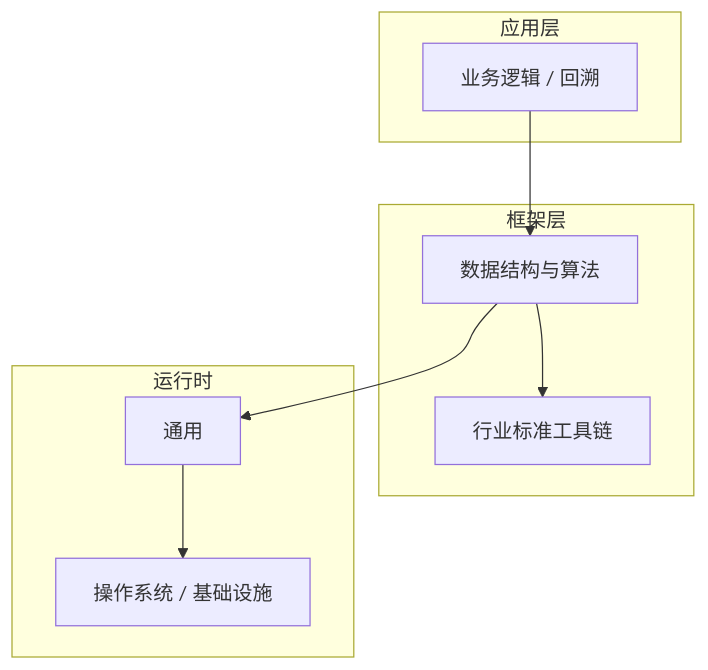
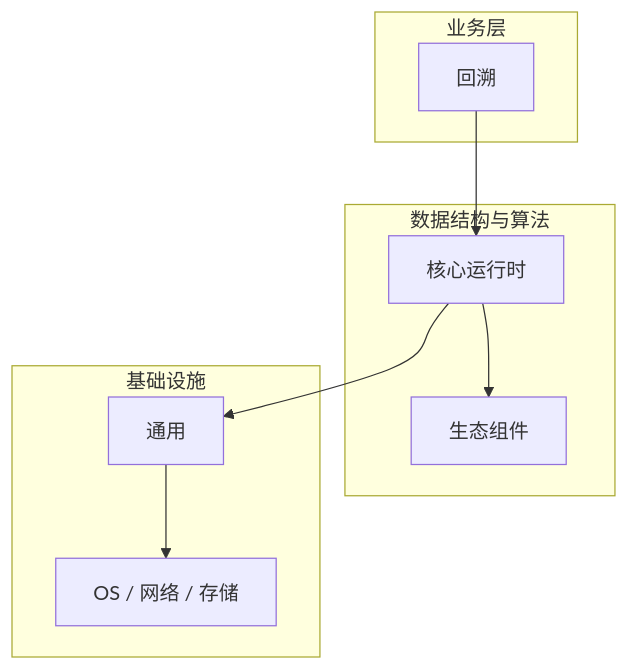
Before and after one commit to yanggan2015/knowledge-json-v2: the diagram in articles/数据结构与算法/chapters/153-回溯核心概念与原理.md, drawn with Mermaid. The commit also changed other lines of this file and 10127 other files, not shown here.

````diff
--- a/articles/数据结构与算法/chapters/153-回溯核心概念与原理.md
+++ b/articles/数据结构与算法/chapters/153-回溯核心概念与原理.md
@@ -45,18 +30,18 @@
 ```mermaid
 graph TB
-    subgraph 应用层
-        A[业务逻辑 / 回溯]
+    subgraph 业务层
+        A[回溯]
     end
-    subgraph 框架层
-        B[数据结构与算法]
-        C[行业标准工具链]
+    subgraph 数据结构与算法
+        B[核心运行时]
+        C[生态组件]
     end
-    subgraph 运行时
+    subgraph 基础设施
         D[通用]
-        E[操作系统 / 基础设施]
+        E[OS / 网络 / 存储]
     end
     A --> B
     B --> C
     B --> D
     D --> E
 ```
````
